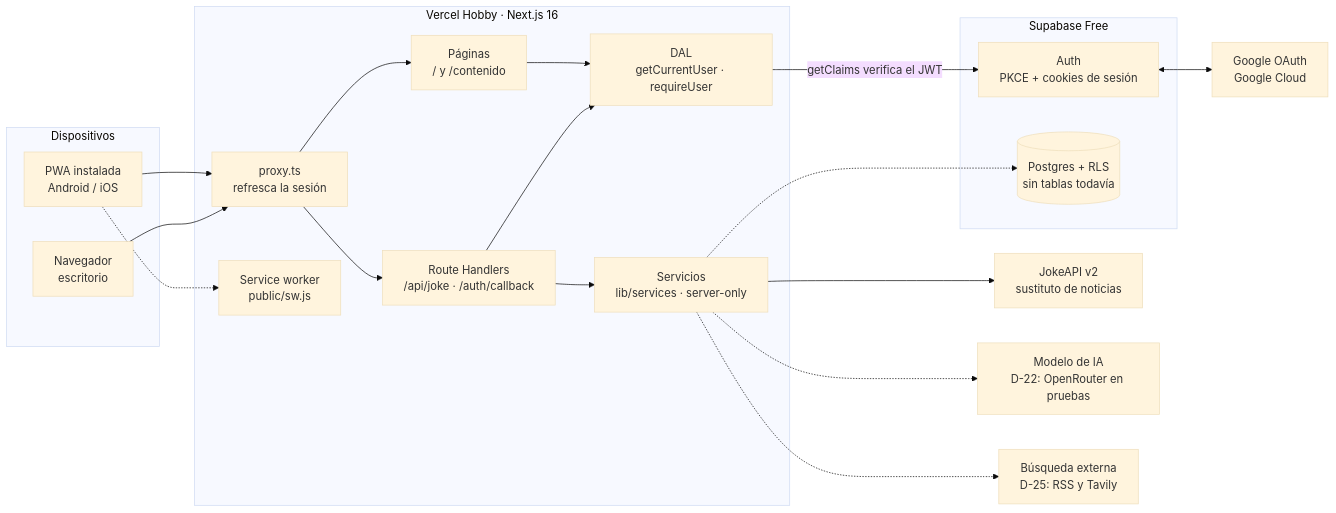
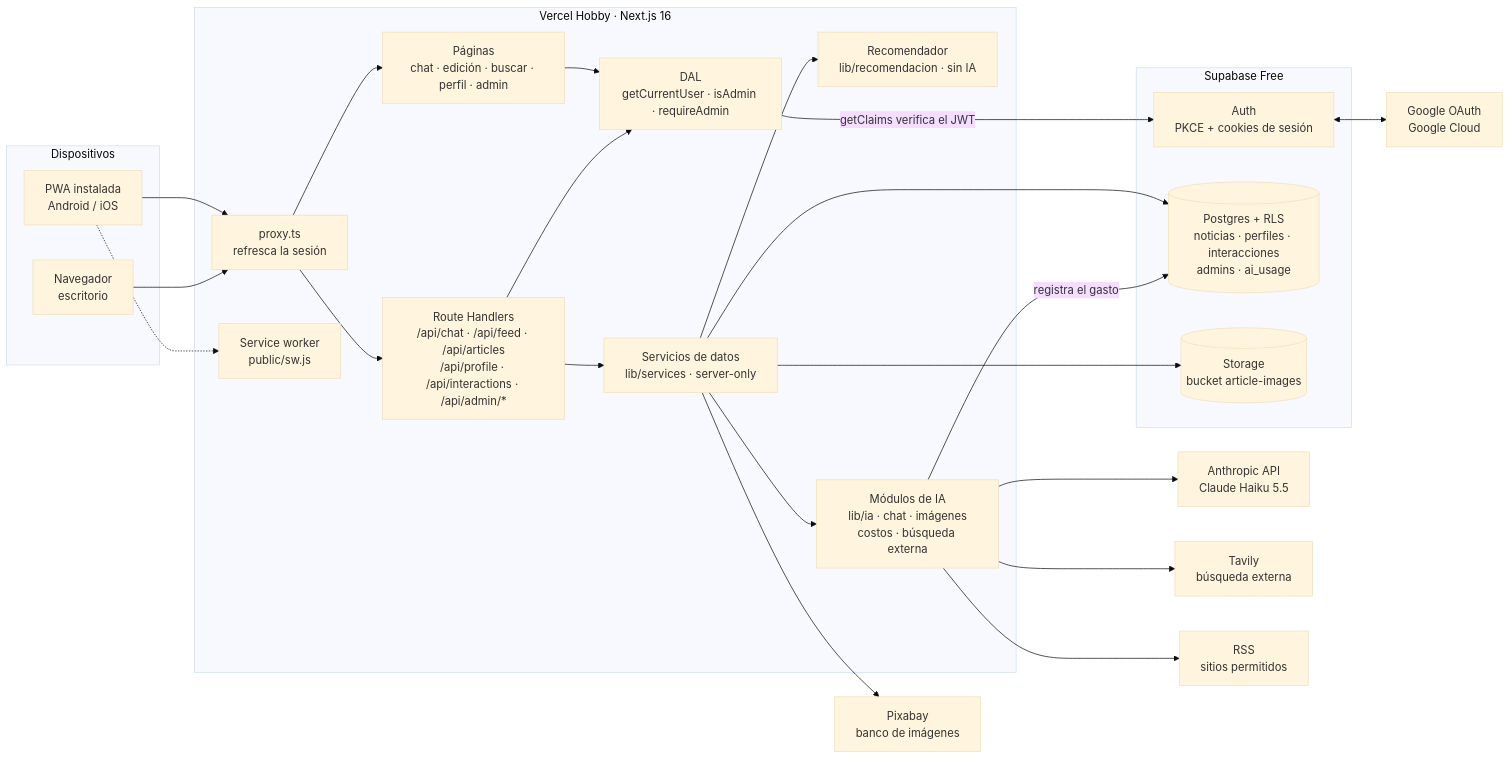
One commit to chuy-zip/RESPIA_NEWS changed the first of 6 diagrams in docs/INFRA_HANDOFF.md. Above: the diagram before and after it, drawn with Mermaid (base theme). The commit also changed other lines of this file and 2 other files, not shown here.

Commit message:
[update] Diagrams of infra

````diff
--- a/docs/INFRA_HANDOFF.md
+++ b/docs/INFRA_HANDOFF.md
@@ -129,41 +129,50 @@
 ```mermaid
 flowchart LR
   subgraph Clientes["Dispositivos"]
     A["PWA instalada<br/>Android / iOS"]
     B["Navegador<br/>escritorio"]
   end
 
   subgraph Vercel["Vercel Hobby · Next.js 16"]
     P["proxy.ts<br/>refresca la sesión"]
-    PG["Páginas<br/>/ y /contenido"]
-    API["Route Handlers<br/>/api/joke · /auth/callback"]
-    DAL["DAL<br/>getCurrentUser · requireUser"]
-    SVC["Servicios<br/>lib/services · server-only"]
+    PG["Páginas<br/>chat · edición · buscar · perfil · admin"]
+    API["Route Handlers<br/>/api/chat · /api/feed · /api/articles<br/>/api/profile · /api/interactions · /api/admin/*"]
+    DAL["DAL<br/>getCurrentUser · isAdmin · requireAdmin"]
+    SVC["Servicios de datos<br/>lib/services · server-only"]
+    REC["Recomendador<br/>lib/recomendacion · sin IA"]
+    IAM["Módulos de IA<br/>lib/ia · chat · imágenes<br/>costos · búsqueda externa"]
     SW["Service worker<br/>public/sw.js"]
   end
 
   subgraph Supabase["Supabase Free"]
     AUTH["Auth<br/>PKCE + cookies de sesión"]
-    DB[("Postgres + RLS<br/>sin tablas todavía")]
+    DB[("Postgres + RLS<br/>noticias · perfiles · interacciones<br/>admins · ai_usage")]
+    ST[("Storage<br/>bucket article-images")]
   end
 
   G["Google OAuth<br/>Google Cloud"]
-  J["JokeAPI v2<br/>sustituto de noticias"]
-  IA["Modelo de IA<br/>D-22: OpenRouter en pruebas"]
-  BX["Búsqueda externa<br/>D-25: RSS y Tavily"]
+  CL["Anthropic API<br/>Claude Haiku 5.5"]
+  TV["Tavily<br/>búsqueda externa"]
+  RS["RSS<br/>sitios permitidos"]
+  PX["Pixabay<br/>banco de imágenes"]
 
   A --> P
   B --> P
   A -.-> SW
   P --> PG
   P --> API
   PG --> DAL
   API --> DAL
   DAL -->|"getClaims verifica el JWT"| AUTH
   API --> SVC
-  SVC --> J
-  SVC -.-> IA
-  SVC -.-> BX
-  SVC -.-> DB
+  SVC --> DB
+  SVC --> ST
+  SVC --> REC
+  SVC --> PX
+  SVC --> IAM
+  IAM --> CL
+  IAM --> RS
+  IAM --> TV
+  IAM -->|"registra el gasto"| DB
   AUTH <--> G
 ```
````
